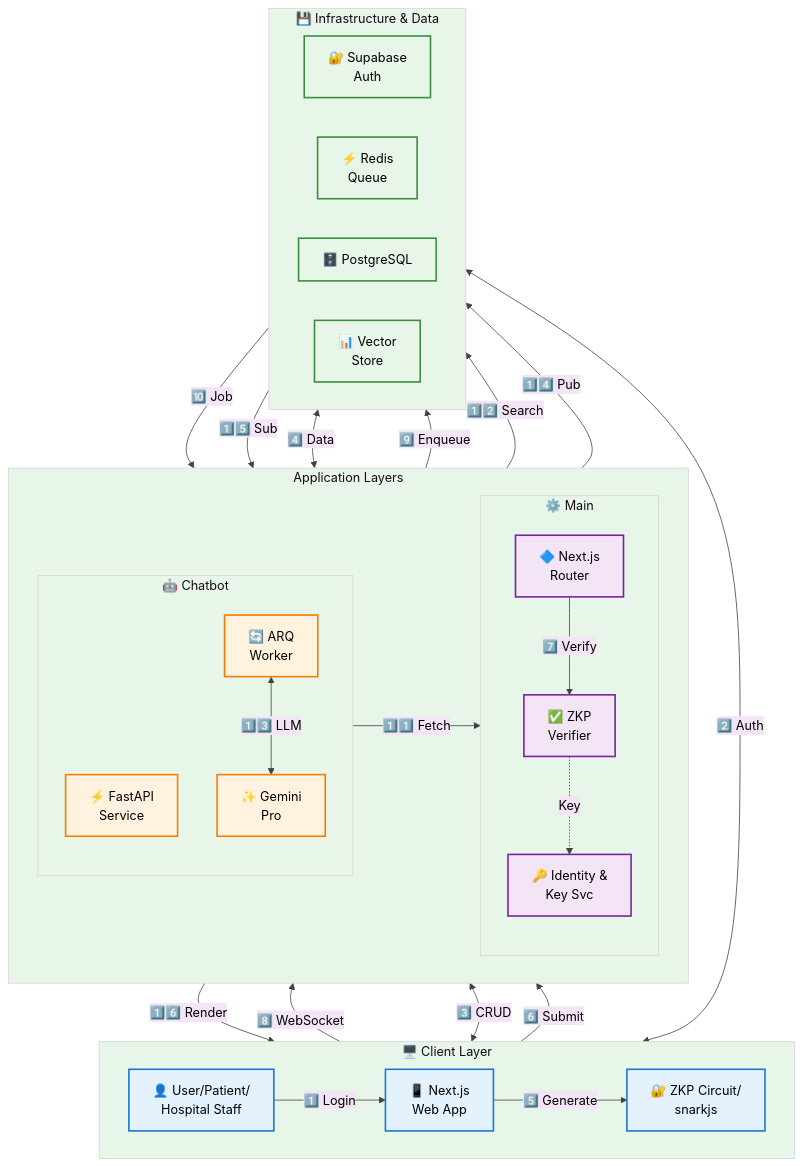
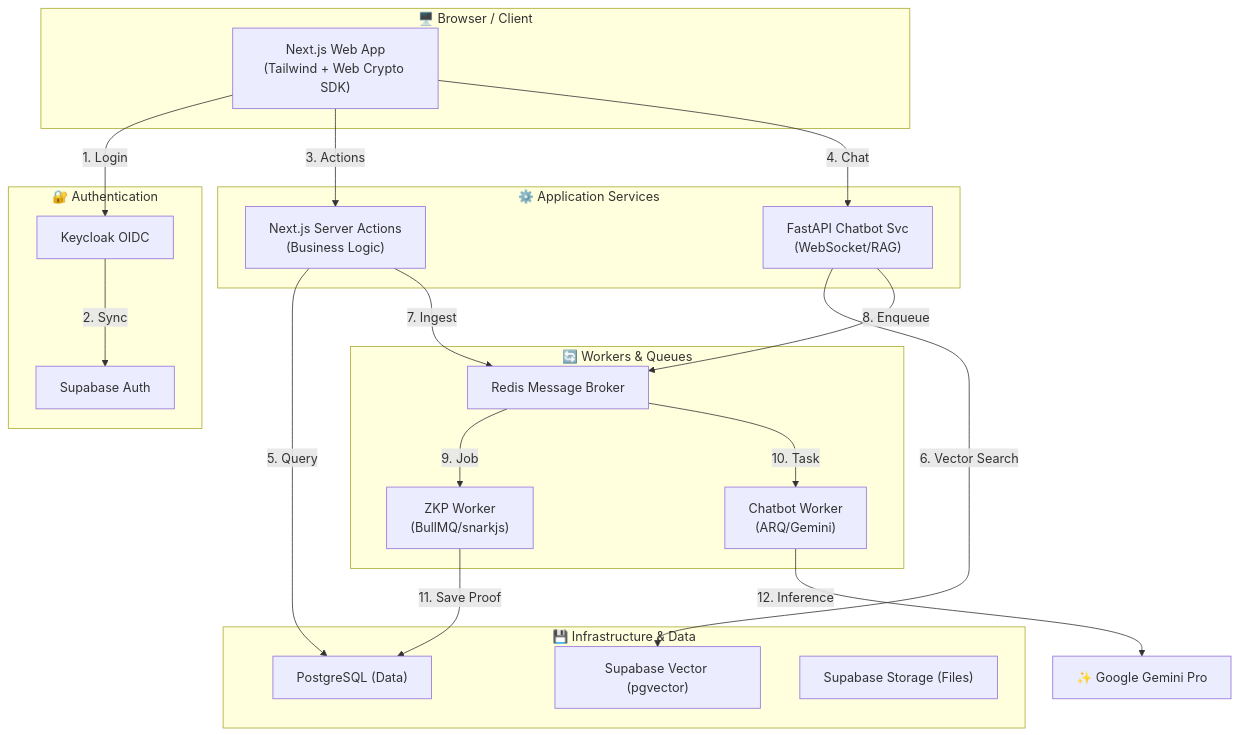
One commit to leeCode83/claimly changed the diagram in README.md. Above: the diagram before and after it, drawn with Mermaid. The commit also changed other lines of this file, not shown here.

Commit message:
docs: update README architecture diagram and project overview for Claimly platform

````diff
--- a/README.md
+++ b/README.md
@@ -13,82 +11,46 @@
 ```mermaid
----
-config:
-  theme: base
-  themeVariables:
-    primaryColor: '#e3f2fd'
-    primaryTextColor: '#000'
-    primaryBorderColor: '#1976d2'
-    lineColor: '#424242'
-    secondaryColor: '#f3e5f5'
-    tertiaryColor: '#e8f5e9'
-    noteBkgColor: '#fff3e0'
-    noteTextColor: '#000'
-  layout: dagre
----
 flowchart TB
- subgraph Client["🖥️ Client Layer"]
-    direction LR
-        User["👤 User/Patient/<br>Hospital Staff"]
-        Browser["📱 Next.js<br>Web App"]
-        ZKPClient["🔐 ZKP Circuit/<br>snarkjs"]
-  end
- subgraph Chatbot["🤖 Chatbot"]
-    direction TB
-        FastAPI["⚡ FastAPI<br>Service"]
-        Worker["🔄 ARQ<br>Worker"]
-        Gemini["✨ Gemini<br>Pro"]
-  end
- subgraph MainApp["⚙️ Main"]
-    direction TB
-        NextJS["🔷 Next.js<br>Router"]
-        ZKPVerify["✅ ZKP<br>Verifier"]
-        Identity["🔑 Identity &amp;<br>Key Svc"]
-  end
- subgraph Applications["Application Layers"]
-    direction LR
-        Chatbot
-        MainApp
-  end
- subgraph Infra["💾 Infrastructure & Data"]
-    direction LR
-        SupabaseAuth["🔐 Supabase<br>Auth"]
-        Redis["⚡ Redis<br>Queue"]
-        SupabasePostgres["🗄️ PostgreSQL"]
-        SupabaseVector["📊 Vector<br>Store"]
-  end
-    User -- 1️⃣ Login --> Browser
-    Browser -- 8️⃣ WebSocket --> FastAPI
-    Browser <-- 3️⃣ CRUD --> NextJS
-    Browser -- 5️⃣ Generate --> ZKPClient
-    ZKPClient -- 6️⃣ Submit --> NextJS
-    Browser <-- 2️⃣ Auth --> SupabaseAuth
-    NextJS <-- 4️⃣ Data --> SupabasePostgres
-    NextJS -- 7️⃣ Verify --> ZKPVerify
-    ZKPVerify -. Key .-> Identity
-    FastAPI -- 9️⃣ Enqueue --> Redis
-    Redis -- 🔟 Job --> Worker
-    Worker -- 1️⃣1️⃣ Fetch --> Identity
-    Worker -- 1️⃣2️⃣ Search --> SupabaseVector
-    Worker <-- 1️⃣3️⃣ LLM --> Gemini
-    Worker -- 1️⃣4️⃣ Pub --> Redis
-    Redis -- 1️⃣5️⃣ Sub --> FastAPI
-    FastAPI -- 1️⃣6️⃣ Render --> Browser
+    subgraph Client["🖥️ Browser / Client"]
+        Browser["Next.js Web App<br/>(Tailwind + Web Crypto SDK)"]
+    end
 
-     User:::clientStyle
-     Browser:::clientStyle
-     ZKPClient:::clientStyle
-     FastAPI:::chatbotStyle
-     Worker:::chatbotStyle
-     Gemini:::chatbotStyle
-     NextJS:::mainAppStyle
-     ZKPVerify:::mainAppStyle
-     Identity:::mainAppStyle
-     SupabaseAuth:::infraStyle
-     Redis:::infraStyle
-     SupabasePostgres:::infraStyle
-     SupabaseVector:::infraStyle
-    classDef clientStyle fill:#e3f2fd,stroke:#1976d2,stroke-width:2px,color:#000
-    classDef mainAppStyle fill:#f3e5f5,stroke:#7b1fa2,stroke-width:2px,color:#000
-    classDef chatbotStyle fill:#fff3e0,stroke:#f57c00,stroke-width:2px,color:#000
-    classDef infraStyle fill:#e8f5e9,stroke:#388e3c,stroke-width:2px,color:#000
+    subgraph Auth["🔐 Authentication"]
+        Keycloak["Keycloak OIDC"]
+        SupaAuth["Supabase Auth"]
+    end
+
+    subgraph App["⚙️ Application Services"]
+        NextJS["Next.js Server Actions<br/>(Business Logic)"]
+        FastAPI["FastAPI Chatbot Svc<br/>(WebSocket/RAG)"]
+    end
+
+    subgraph Async["🔄 Workers & Queues"]
+        Redis["Redis Message Broker"]
+        ZKPWorker["ZKP Worker<br/>(BullMQ/snarkjs)"]
+        ChatWorker["Chatbot Worker<br/>(ARQ/Gemini)"]
+    end
+
+    subgraph Data["💾 Infrastructure & Data"]
+        Postgres["PostgreSQL (Data)"]
+        Vector["Supabase Vector (pgvector)"]
+        S3["Supabase Storage (Files)"]
+    end
+
+    %% Flow
+    Browser -- 1. Login --> Keycloak
+    Keycloak -- 2. Sync --> SupaAuth
+    Browser -- 3. Actions --> NextJS
+    Browser -- 4. Chat --> FastAPI
+    
+    NextJS -- 5. Query --> Postgres
+    FastAPI -- 6. Vector Search --> Vector
+    
+    NextJS -- 7. Ingest --> Redis
+    FastAPI -- 8. Enqueue --> Redis
+    
+    Redis -- 9. Job --> ZKPWorker
+    Redis -- 10. Task --> ChatWorker
+    
+    ZKPWorker -- 11. Save Proof --> Postgres
+    ChatWorker -- 12. Inference --> Gemini["✨ Google Gemini Pro"]
 ```
````
